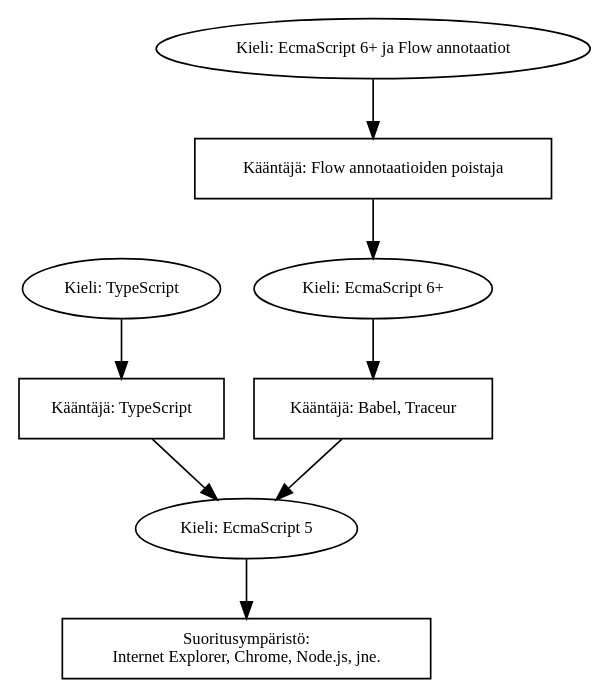
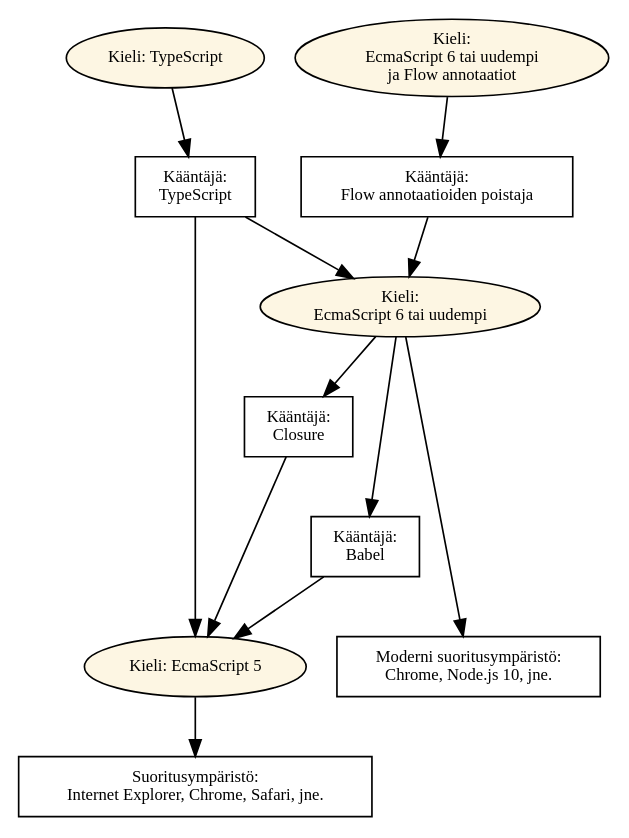
Before and after one commit to noppa/kandi: the diagram in graphs/compilation.gv, drawn with Graphviz. The commit also changed 5 other files, not shown here.

```diff
--- a/graphs/compilation.gv
+++ b/graphs/compilation.gv
@@ -1,20 +1,42 @@
 digraph Compilation {
-    
-  node[fontsize=10]
+      
+    node[fontsize=10]
 
-  es6 [label="Kieli: EcmaScript 6+"];
-  ts [label="Kieli: TypeScript"];
-  es5 [label="Kieli: EcmaScript 5"];
-  flow [label="Kieli: EcmaScript 6+ ja Flow annotaatiot"]
-  
-  babel [label="Kääntäjä: Babel, Traceur", shape=rectangle];
-  flowPlugin [label="Kääntäjä: Flow annotaatioiden poistaja", shape=rectangle];
-  tsc [label="Kääntäjä: TypeScript", shape=rectangle];
-  
-  flow -> flowPlugin -> es6 -> babel -> es5;
-  ts -> tsc -> es5;
-  es5 -> end;
+    es6 [label="Kieli:\nEcmaScript 6 tai uudempi", style=filled, fillcolor="#FDF6E3", margin=0];
+    flow [label="Kieli:\nEcmaScript 6 tai uudempi\nja Flow annotaatiot", style=filled, fillcolor="#FDF6E3", margin=0]
+    ts [label="Kieli: TypeScript", style=filled, fillcolor="#FDF6E3"];
+    es5 [label="Kieli: EcmaScript 5", style=filled, fillcolor="#FDF6E3"];
 
-  end [label="Suoritusympäristö:\nInternet Explorer, Chrome, Node.js, jne.", shape=rectangle];
+    babel [label="Kääntäjä:\nBabel", shape=rectangle];
+    closure [label="Kääntäjä:\nClosure", shape=rectangle];
+    flowPlugin [label="Kääntäjä:\nFlow annotaatioiden poistaja", shape=rectangle];
+    tsc [label="Kääntäjä:\nTypeScript", shape=rectangle];
+
+    flow -> flowPlugin -> es6;
+    es6 -> babel -> es5;
+    es6 -> closure -> es5;
+    ts -> tsc;
+    tsc -> es6;
+    tsc -> es5;
+    es6 -> suoritus_new;
+    es5 -> suoritus_old;
+
+    closure -> babel -> suoritus_new [style=invis];
+
+
+    suoritus_old [
+        label="Suoritusympäristö:\nInternet Explorer, Chrome, Safari, jne.",
+        shape=rectangle,
+#       fillcolor="#51575E",
+#       style=filled,
+#       fontcolor=white
+    ];
+    suoritus_new [
+        label="Moderni suoritusympäristö:\nChrome, Node.js 10, jne.",
+        shape=rectangle,
+#       fillcolor="#51575E",
+#       style=filled,
+#       fontcolor=white
+    ];
   
 }
```
